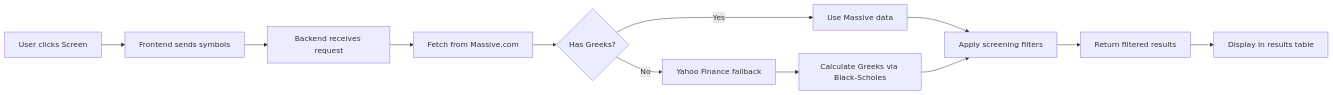
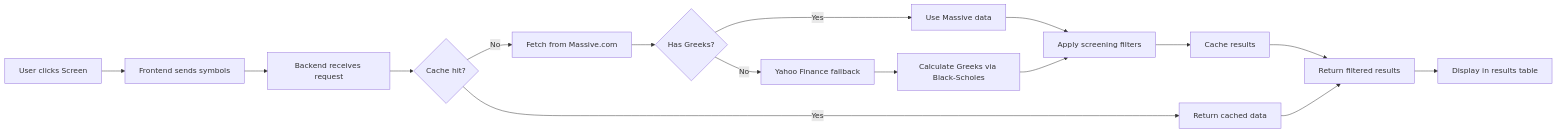
One commit to pk-ux/PutOptionsTrading changed the third of 3 diagrams in README.md. Above: the diagram before and after it, drawn with Mermaid. The commit also changed other lines of this file and 7 other files, not shown here.

````diff
--- a/README.md
+++ b/README.md
@@ -102,14 +104,18 @@
 ```mermaid
 flowchart LR
     A[User clicks Screen] --> B[Frontend sends symbols]
     B --> C[Backend receives request]
-    C --> D[Fetch from Massive.com]
+    C --> CA{Cache hit?}
+    CA -->|Yes| CB[Return cached data]
+    CA -->|No| D[Fetch from Massive.com]
     D --> E{Has Greeks?}
     E -->|Yes| F[Use Massive data]
     E -->|No| G[Yahoo Finance fallback]
     G --> H[Calculate Greeks via Black-Scholes]
     F --> I[Apply screening filters]
     H --> I
-    I --> J[Return filtered results]
+    I --> CC[Cache results]
+    CC --> J[Return filtered results]
+    CB --> J
     J --> K[Display in results table]
 ```
````
